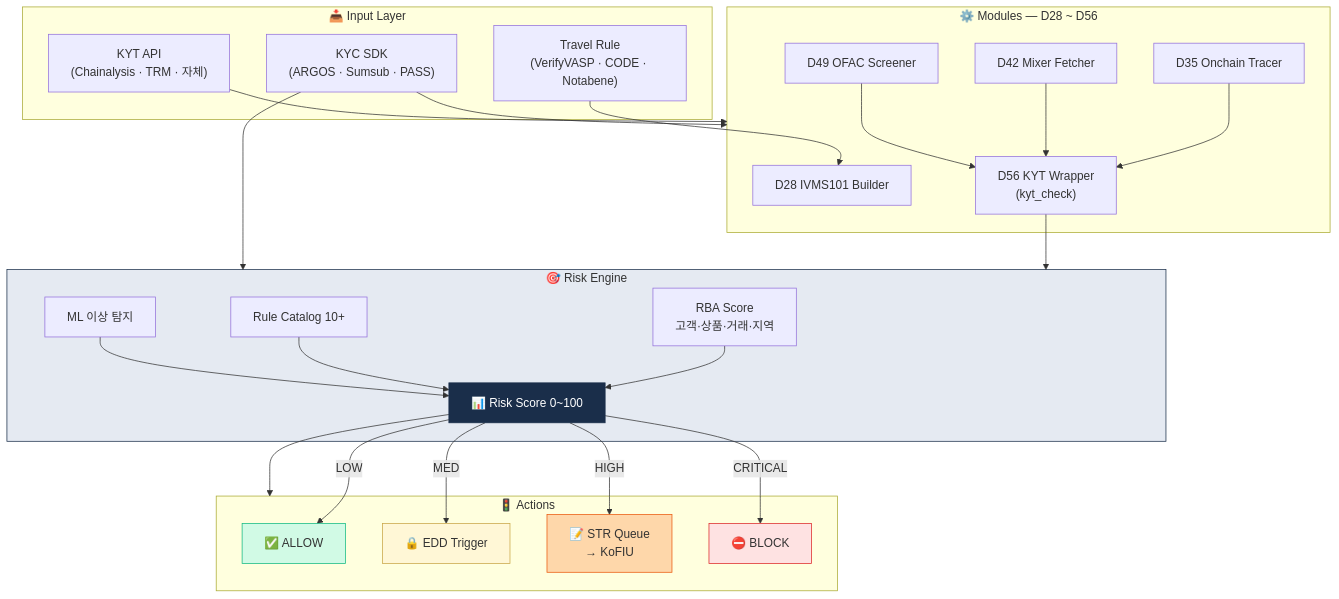
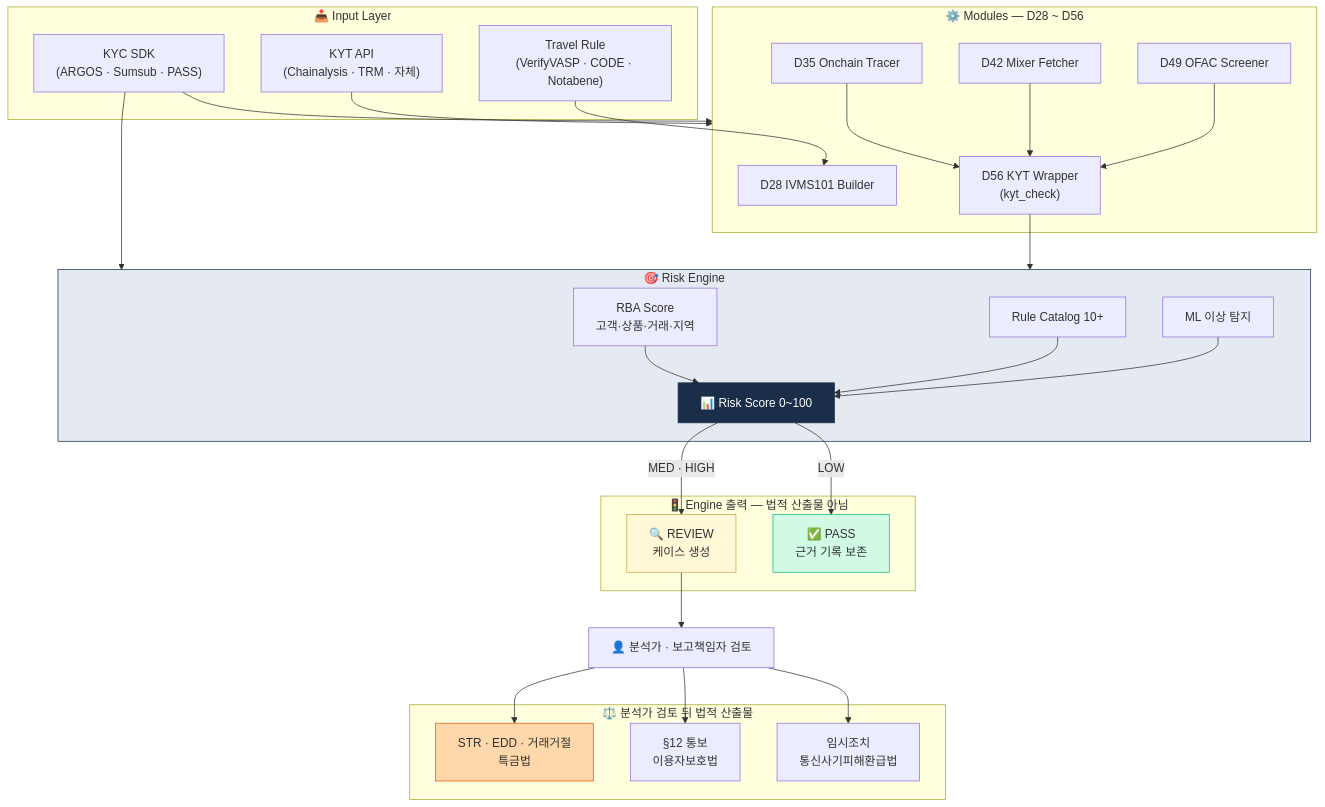
The first of 2 diagrams in projects/06-capstone-risk-engine/DESIGN.md (lala-david/aml-notes), drawn with Mermaid before and after one commit. The commit also changed other lines of this file and 233 other files, not shown here.

````diff
--- a/projects/06-capstone-risk-engine/DESIGN.md
+++ b/projects/06-capstone-risk-engine/DESIGN.md
@@ -17,54 +17,58 @@
 ```mermaid
 flowchart TB
     subgraph Input["📥 Input Layer"]
         KYC_IN["KYC SDK<br/>(ARGOS · Sumsub · PASS)"]
         KYT_IN["KYT API<br/>(Chainalysis · TRM · 자체)"]
         TR_IN["Travel Rule<br/>(VerifyVASP · CODE · Notabene)"]
     end
 
     subgraph Modules["⚙️ Modules — D28 ~ D56"]
         P1["D28 IVMS101 Builder"]
         P2["D35 Onchain Tracer"]
         P3["D42 Mixer Fetcher"]
         P4["D49 OFAC Screener"]
         P5["D56 KYT Wrapper<br/>(kyt_check)"]
     end
 
     subgraph Engine["🎯 Risk Engine"]
         RBA["RBA Score<br/>고객·상품·거래·지역"]
         RULES["Rule Catalog 10+"]
         ML["ML 이상 탐지"]
         SCORE["📊 Risk Score 0~100"]
     end
 
-    subgraph Actions["🚦 Actions"]
-        ALLOW["✅ ALLOW"]
-        EDD["🔒 EDD Trigger"]
-        STR["📝 STR Queue<br/>→ KoFIU"]
-        BLOCK["⛔ BLOCK"]
+    subgraph Actions["🚦 Engine 출력 — 법적 산출물 아님"]
+        PASS["✅ PASS<br/>근거 기록 보존"]
+        REV["🔍 REVIEW<br/>케이스 생성"]
+    end
+
+    subgraph Outputs["⚖️ 분석가 검토 뒤 법적 산출물"]
+        O1["임시조치<br/>통신사기피해환급법"]
+        O2["§12 통보<br/>이용자보호법"]
+        O3["STR · EDD · 거래거절<br/>특금법"]
     end
 
     KYC_IN --> Modules
     KYT_IN --> Modules
     TR_IN --> P1
 
     P2 --> P5
     P3 --> P5
     P4 --> P5
     P5 --> Engine
     KYC_IN --> Engine
 
     RBA & RULES & ML --> SCORE
-    SCORE --> Actions
-    SCORE -->|LOW| ALLOW
-    SCORE -->|MED| EDD
-    SCORE -->|HIGH| STR
-    SCORE -->|CRITICAL| BLOCK
+    SCORE -->|LOW| PASS
+    SCORE -->|"MED · HIGH"| REV
+    REV --> HUM["👤 분석가 · 보고책임자 검토"]
+    HUM --> O1
+    HUM --> O2
+    HUM --> O3
 
     style Engine fill:#e5eaf2,stroke:#1a2e4a
     style SCORE fill:#1a2e4a,color:#fff,stroke:#1a2e4a
-    style ALLOW fill:#d1fae5,stroke:#10b981
-    style EDD fill:#fff7d6,stroke:#c9a646
-    style STR fill:#fed7aa,stroke:#ea580c
-    style BLOCK fill:#fee2e2,stroke:#dc2626
+    style PASS fill:#d1fae5,stroke:#10b981
+    style REV fill:#fff7d6,stroke:#c9a646
+    style O3 fill:#fed7aa,stroke:#ea580c
 ```
````
